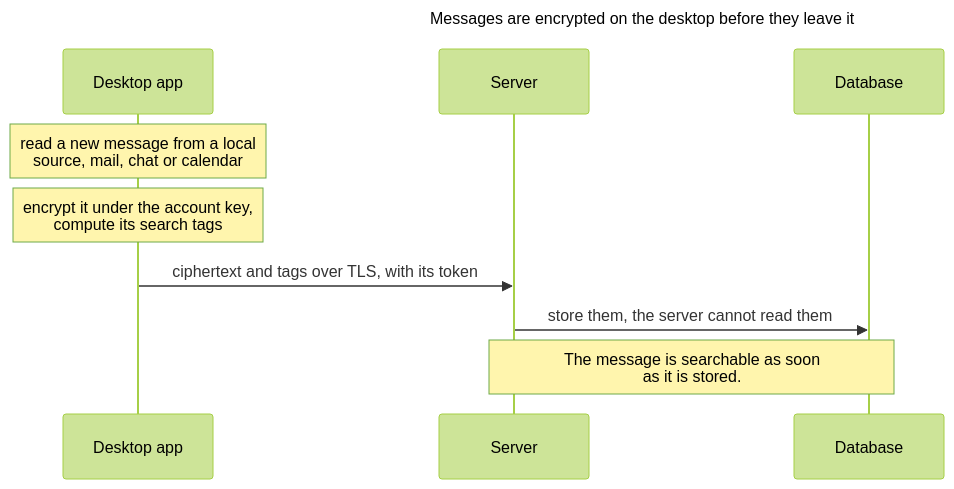
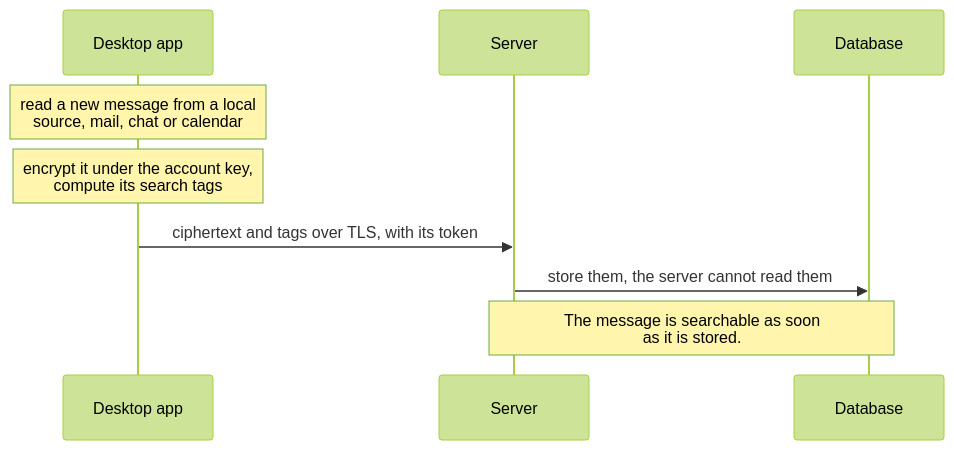
Before and after one commit to ajs-consult-llc/mirror-encryption-rfc: the diagram in diagrams/collect-and-push-4-parties.mmd, drawn with Mermaid (forest theme). The commit also changed 40 other files, not shown here.

First line of the commit message:
Diagrams: the doc's own pictures, with the Mermaid in an appendix

```diff
--- a/diagrams/collect-and-push-4-parties.mmd
+++ b/diagrams/collect-and-push-4-parties.mmd
@@ -1,14 +1,11 @@
----
-title: "Messages are encrypted on the desktop before they leave it"
----
 sequenceDiagram
   accTitle: Messages are encrypted on the desktop before they leave it
   accDescr: Collect and push. The desktop app reads a new message from a local source, such as mail, chat or calendar. It encrypts the message under the account key and computes its search tags. It sends the ciphertext and tags to the server over TLS, with its token. The server stores them and cannot read them. The message is searchable as soon as it is stored.
   participant D as Desktop app
   participant S as Server
   participant DB as Database
   Note over D: read a new message from a local<br/>source, mail, chat or calendar
   Note over D: encrypt it under the account key,<br/>compute its search tags
   D->>S: ciphertext and tags over TLS, with its token
   S->>DB: store them, the server cannot read them
   Note over S,DB: The message is searchable as soon<br/>as it is stored.
```
